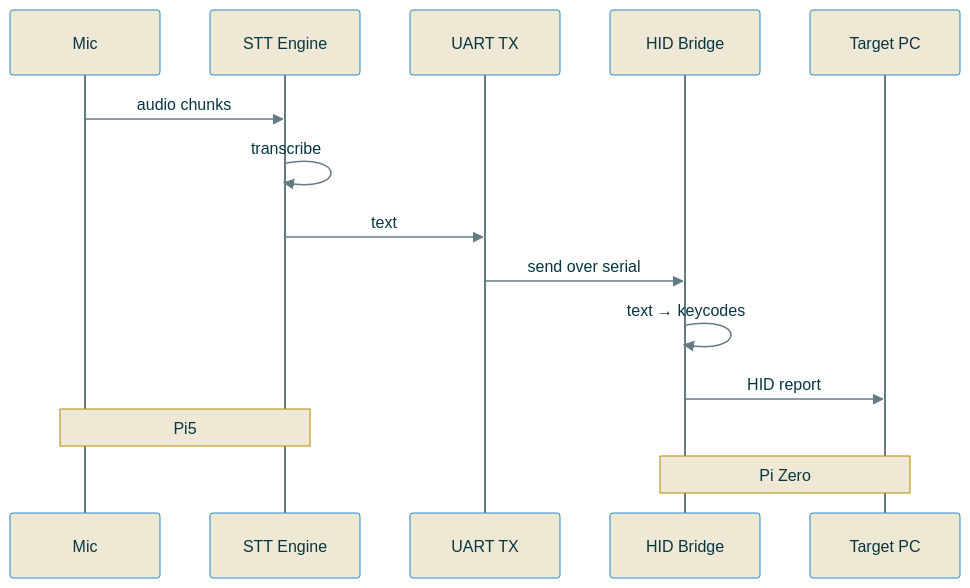
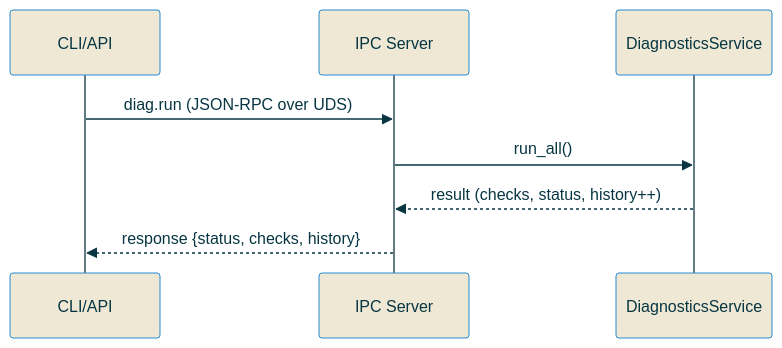
The seventh of 18 diagrams in docs/diagrams.md (cprima-homelab/dictacode), drawn with Mermaid before and after one commit. The commit also changed other lines of this file and 3 other files, not shown here.

First line of the commit message:
Add architecture plans v0.3.10-v0.3.11 and code map tool

````diff
--- a/docs/diagrams.md
+++ b/docs/diagrams.md
@@ -197,19 +214,12 @@
 ```mermaid
-%%{init: {'theme': 'base', 'themeVariables': { 'primaryColor': '#fdf6e3', 'primaryTextColor': '#073642', 'primaryBorderColor': '#268bd2', 'lineColor': '#657b83', 'actorLineColor': '#657b83', 'actorBkg': '#eee8d5', 'actorBorder': '#268bd2', 'actorTextColor': '#073642', 'noteBkgColor': '#eee8d5', 'noteTextColor': '#073642', 'noteBorderColor': '#b58900', 'signalColor': '#657b83', 'signalTextColor': '#073642'}}}%%
+%%{init: {'theme': 'base', 'themeVariables': { 'primaryColor': '#fdf6e3', 'primaryTextColor': '#073642', 'primaryBorderColor': '#268bd2', 'lineColor': '#657b83', 'actorLineColor': '#657b83', 'actorBkg': '#eee8d5', 'actorBorder': '#268bd2', 'actorTextColor': '#073642'}}}%%
 sequenceDiagram
-    participant M as Mic
-    participant S as STT Engine
-    participant U as UART TX
-    participant H as HID Bridge
-    participant P as Target PC
+    participant CLI as CLI/API
+    participant IPC as IPC Server
+    participant DIAG as DiagnosticsService
 
-    M->>S: audio chunks
-    S->>S: transcribe
-    S->>U: text
-    U->>H: send over serial
-    H->>H: text → keycodes
-    H->>P: HID report
-
-    Note over M,S: Pi5
-    Note over H,P: Pi Zero
+    CLI->>IPC: diag.run (JSON-RPC over UDS)
+    IPC->>DIAG: run_all()
+    DIAG-->>IPC: result (checks, status, history++)
+    IPC-->>CLI: response {status, checks, history}
 ```
````
